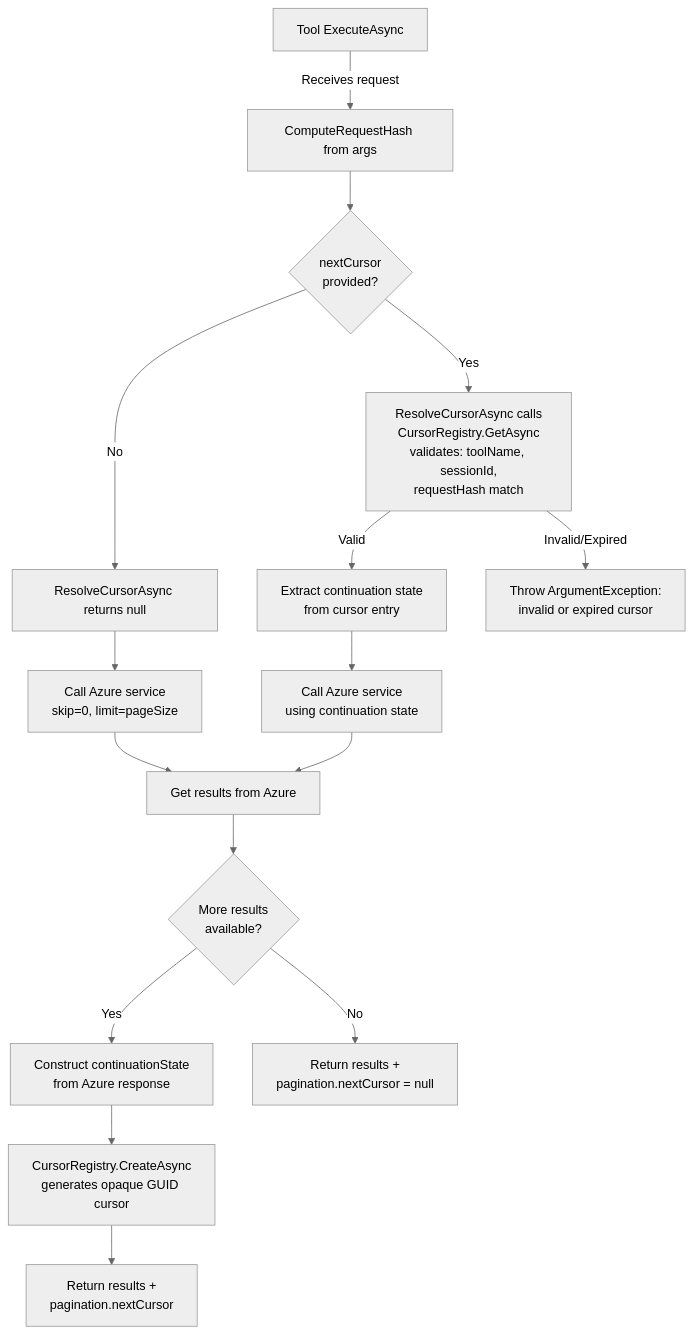
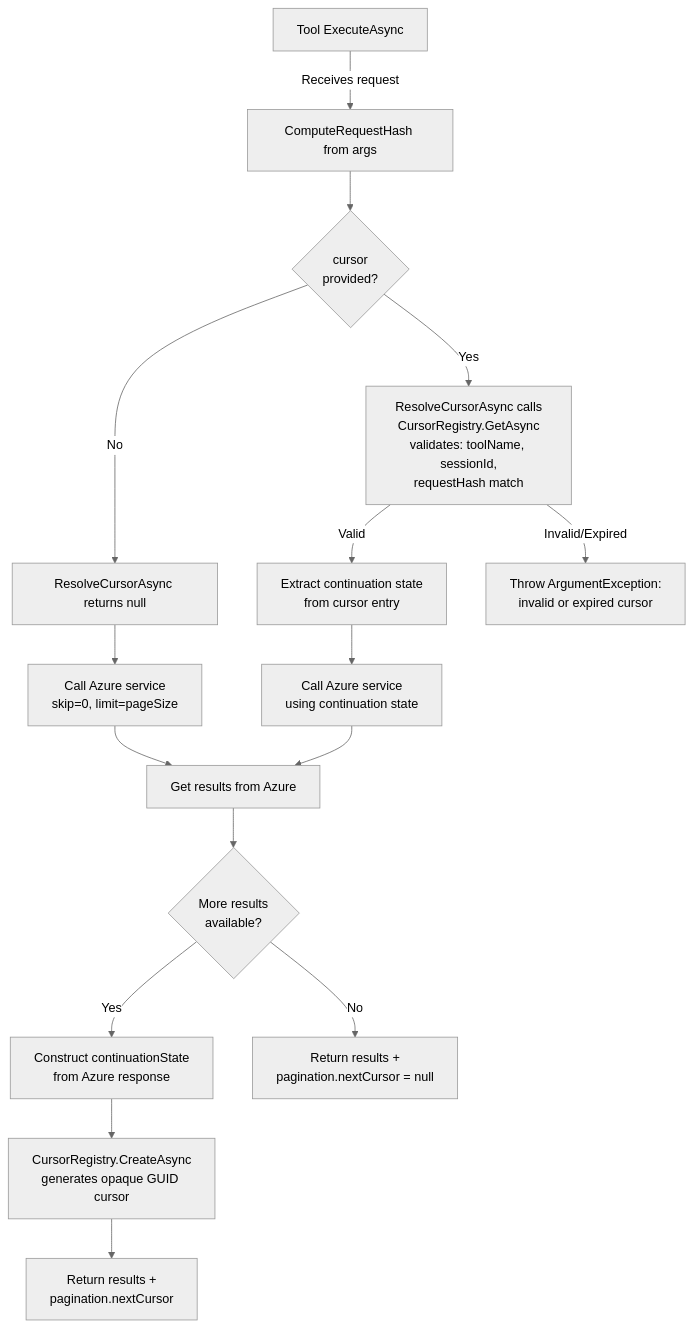
One commit to srnagar/mcp changed the second of 3 diagrams in docs/design/pagination.md. Above: the diagram before and after it, drawn with Mermaid (neutral theme). The commit also changed other lines of this file and 23 other files, not shown here.

````diff
--- a/docs/design/pagination.md
+++ b/docs/design/pagination.md
@@ -94,23 +94,23 @@
 ```mermaid
 flowchart TD
     A[Tool ExecuteAsync] -->|Receives request| B[ComputeRequestHash from args]
-    B --> C{nextCursor<br/>provided?}
+    B --> C{cursor<br/>provided?}
     C -->|No| D[ResolveCursorAsync returns null]
     D --> E[Call Azure service<br/>skip=0, limit=pageSize]
 
     C -->|Yes| F[ResolveCursorAsync calls<br/>CursorRegistry.GetAsync<br/>validates: toolName, sessionId,<br/>requestHash match]
     F -->|Valid| G[Extract continuation state<br/>from cursor entry]
     G --> H[Call Azure service<br/>using continuation state]
 
     F -->|Invalid/Expired| P[Throw ArgumentException:<br/>invalid or expired cursor]
 
     E --> I[Get results from Azure]
     H --> I
 
     I --> J{More results<br/>available?}
     J -->|Yes| K[Construct continuationState<br/>from Azure response]
     K --> L[CursorRegistry.CreateAsync<br/>generates opaque GUID cursor]
     L --> M[Return results +<br/>pagination.nextCursor]
 
     J -->|No| N[Return results +<br/>pagination.nextCursor = null]
 ```
````
